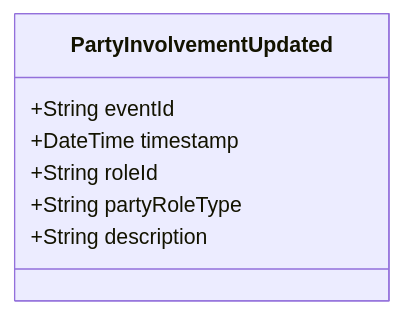
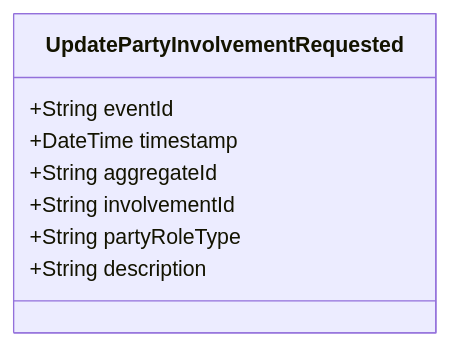
One commit to pgraff/police-system changed the diagram in doc/events/PartyInvolvementUpdated.md. Above: the diagram before and after it, drawn with Mermaid. The commit also changed other lines of this file and 58 other files, not shown here.

````diff
--- a/doc/events/PartyInvolvementUpdated.md
+++ b/doc/events/PartyInvolvementUpdated.md
@@ -9,10 +9,11 @@
 ```mermaid
 classDiagram
-    class PartyInvolvementUpdated {
+    class UpdatePartyInvolvementRequested {
         +String eventId
         +DateTime timestamp
-        +String roleId
+        +String aggregateId
+        +String involvementId
         +String partyRoleType
         +String description
     }
 ```
````
